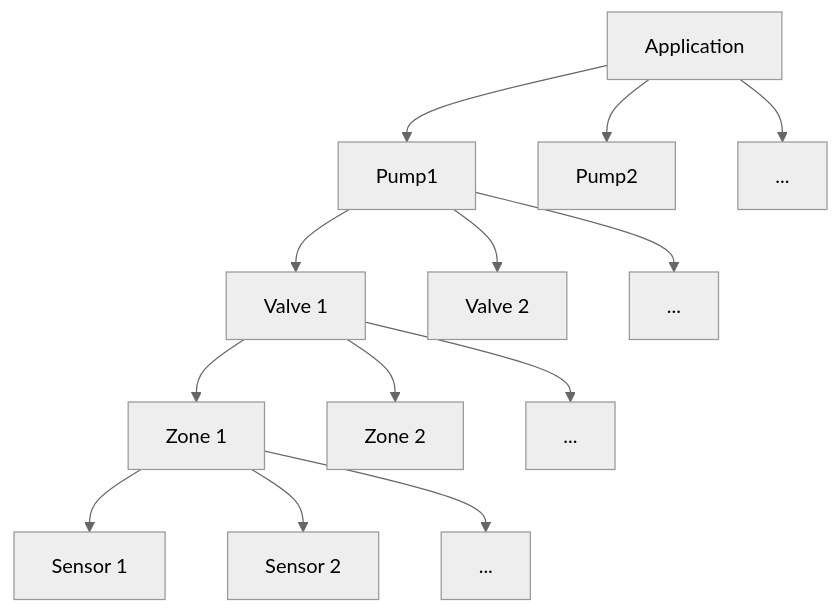
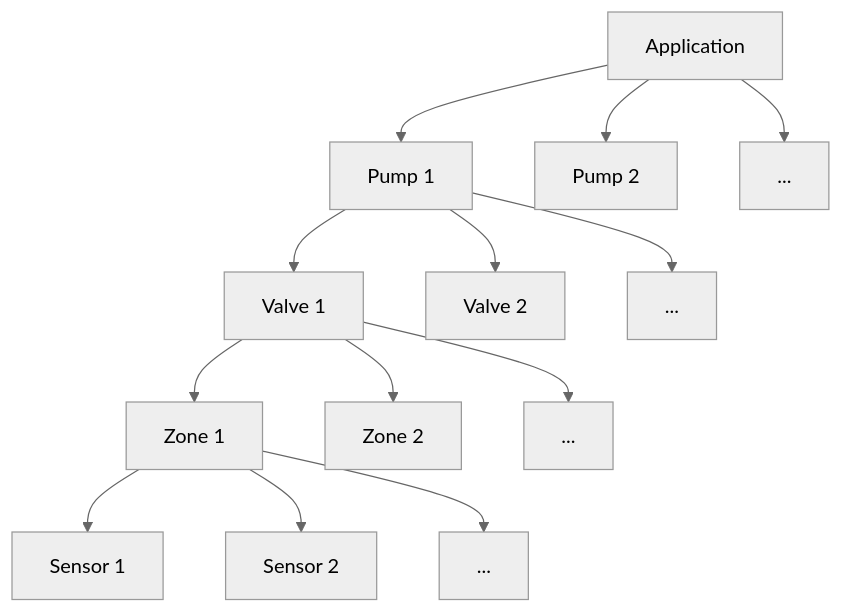
The diagram in README.md (SlendGamer/waterIO), drawn with Mermaid (neutral theme) before and after one commit. The commit also changed other lines of this file, not shown here.

````diff
--- a/README.md
+++ b/README.md
@@ -11,19 +11,19 @@
 ```mermaid
 graph TB
   
-  App[Application] --> P1[Pump1];
-  App --> P2[Pump2];
+  App[Application] --> P1[Pump 1];
+  App --> P2[Pump 2];
   App --> PX[...];
 
   P1 --> V1[Valve 1];
   P1 --> V2[Valve 2];
   P1 --> VX[...];
 
   V1 --> Z1[Zone 1];
   V1 --> Z2[Zone 2];
   V1 --> ZX[...];
 
   Z1 --> Sen1[Sensor 1];
   Z1 --> Sen2[Sensor 2];
   Z1 --> SenX[...];
 ```
````
